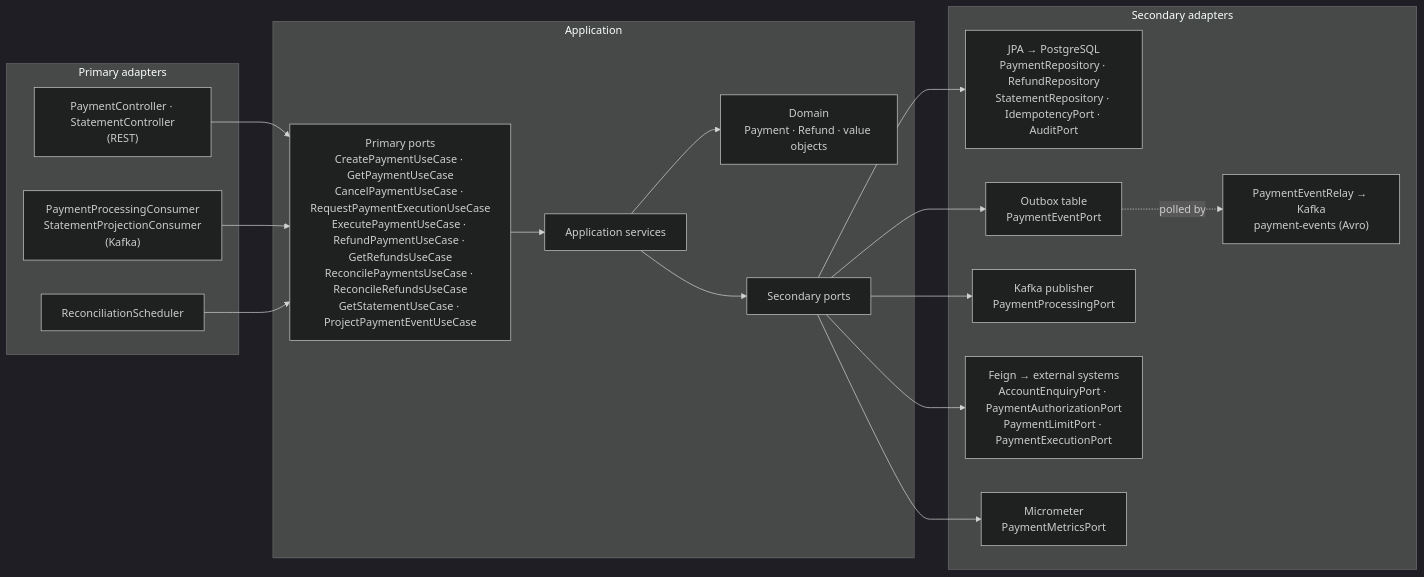
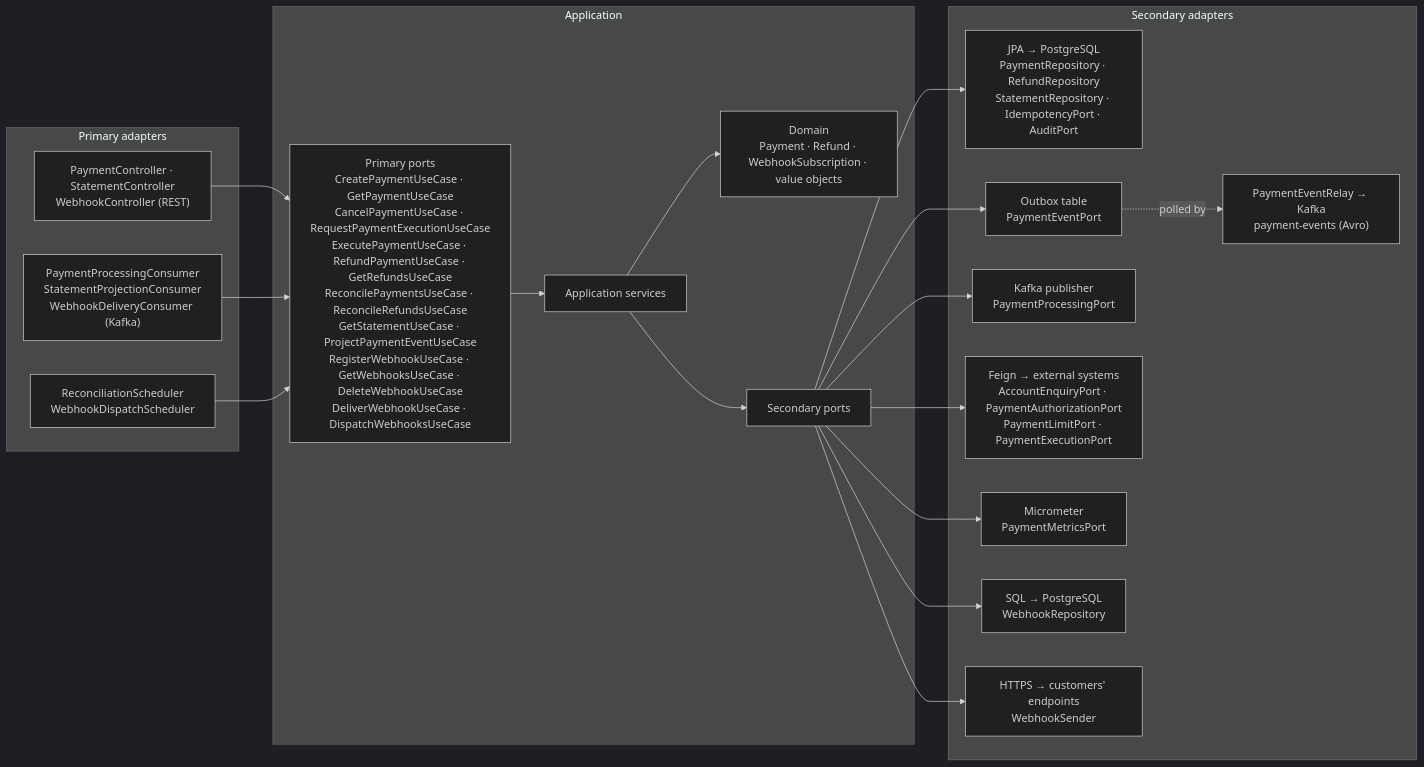
Before and after one commit to codeaiforge/java-payment-service: the second of 2 diagrams in README.md, drawn with Mermaid (dark theme). The commit also changed other lines of this file and 46 other files, not shown here.

First line of the commit message:
feat(payment): notify customers of payment events through signed webhooks (bonus 11)

````diff
--- a/README.md
+++ b/README.md
@@ -65,36 +66,40 @@
 ```mermaid
 flowchart LR
     subgraph primary["Primary adapters"]
-        web["PaymentController · StatementController<br/>(REST)"]
-        consumer["PaymentProcessingConsumer<br/>StatementProjectionConsumer<br/>(Kafka)"]
-        scheduler["ReconciliationScheduler"]
+        web["PaymentController · StatementController<br/>WebhookController (REST)"]
+        consumer["PaymentProcessingConsumer<br/>StatementProjectionConsumer<br/>WebhookDeliveryConsumer (Kafka)"]
+        scheduler["ReconciliationScheduler<br/>WebhookDispatchScheduler"]
     end
 
     subgraph app["Application"]
-        uc["Primary ports<br/>CreatePaymentUseCase · GetPaymentUseCase<br/>CancelPaymentUseCase · RequestPaymentExecutionUseCase<br/>ExecutePaymentUseCase · RefundPaymentUseCase · GetRefundsUseCase<br/>ReconcilePaymentsUseCase · ReconcileRefundsUseCase<br/>GetStatementUseCase · ProjectPaymentEventUseCase"]
+        uc["Primary ports<br/>CreatePaymentUseCase · GetPaymentUseCase<br/>CancelPaymentUseCase · RequestPaymentExecutionUseCase<br/>ExecutePaymentUseCase · RefundPaymentUseCase · GetRefundsUseCase<br/>ReconcilePaymentsUseCase · ReconcileRefundsUseCase<br/>GetStatementUseCase · ProjectPaymentEventUseCase<br/>RegisterWebhookUseCase · GetWebhooksUseCase · DeleteWebhookUseCase<br/>DeliverWebhookUseCase · DispatchWebhooksUseCase"]
         services["Application services"]
-        domain["Domain<br/>Payment · Refund · value objects"]
+        domain["Domain<br/>Payment · Refund · WebhookSubscription · value objects"]
         sp["Secondary ports"]
         uc --> services --> domain
         services --> sp
     end
 
     subgraph secondary["Secondary adapters"]
         jpa["JPA → PostgreSQL<br/>PaymentRepository · RefundRepository<br/>StatementRepository · IdempotencyPort · AuditPort"]
         outbox["Outbox table<br/>PaymentEventPort"]
         relay["PaymentEventRelay → Kafka<br/>payment-events (Avro)"]
         publisher["Kafka publisher<br/>PaymentProcessingPort"]
         feign["Feign → external systems<br/>AccountEnquiryPort · PaymentAuthorizationPort<br/>PaymentLimitPort · PaymentExecutionPort"]
         metrics["Micrometer<br/>PaymentMetricsPort"]
+        webhooks["SQL → PostgreSQL<br/>WebhookRepository"]
+        sender["HTTPS → customers' endpoints<br/>WebhookSender"]
     end
 
     web --> uc
     consumer --> uc
     scheduler --> uc
     sp --> jpa
     sp --> outbox
     outbox -. polled by .-> relay
     sp --> publisher
     sp --> feign
     sp --> metrics
+    sp --> webhooks
+    sp --> sender
 ```
````
